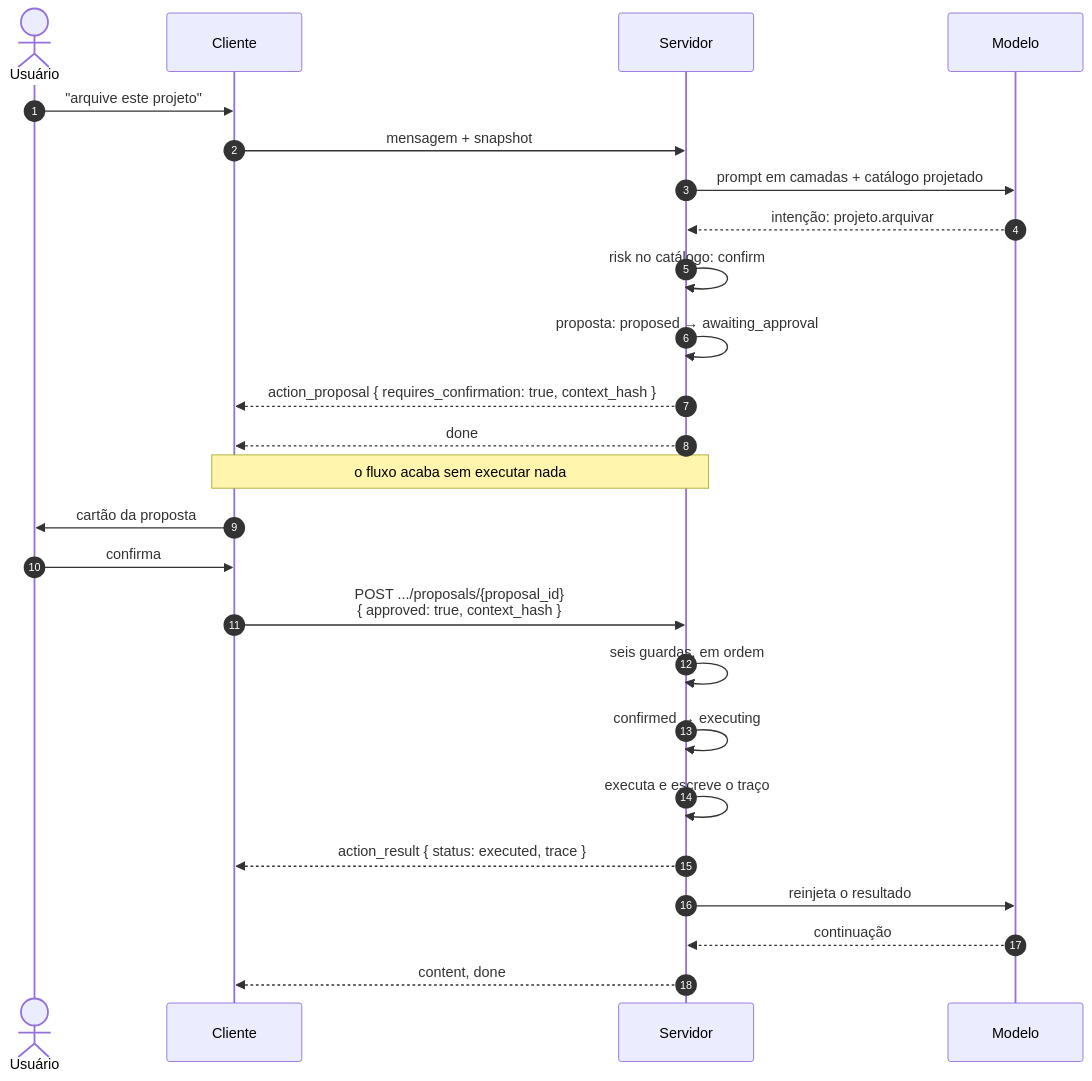
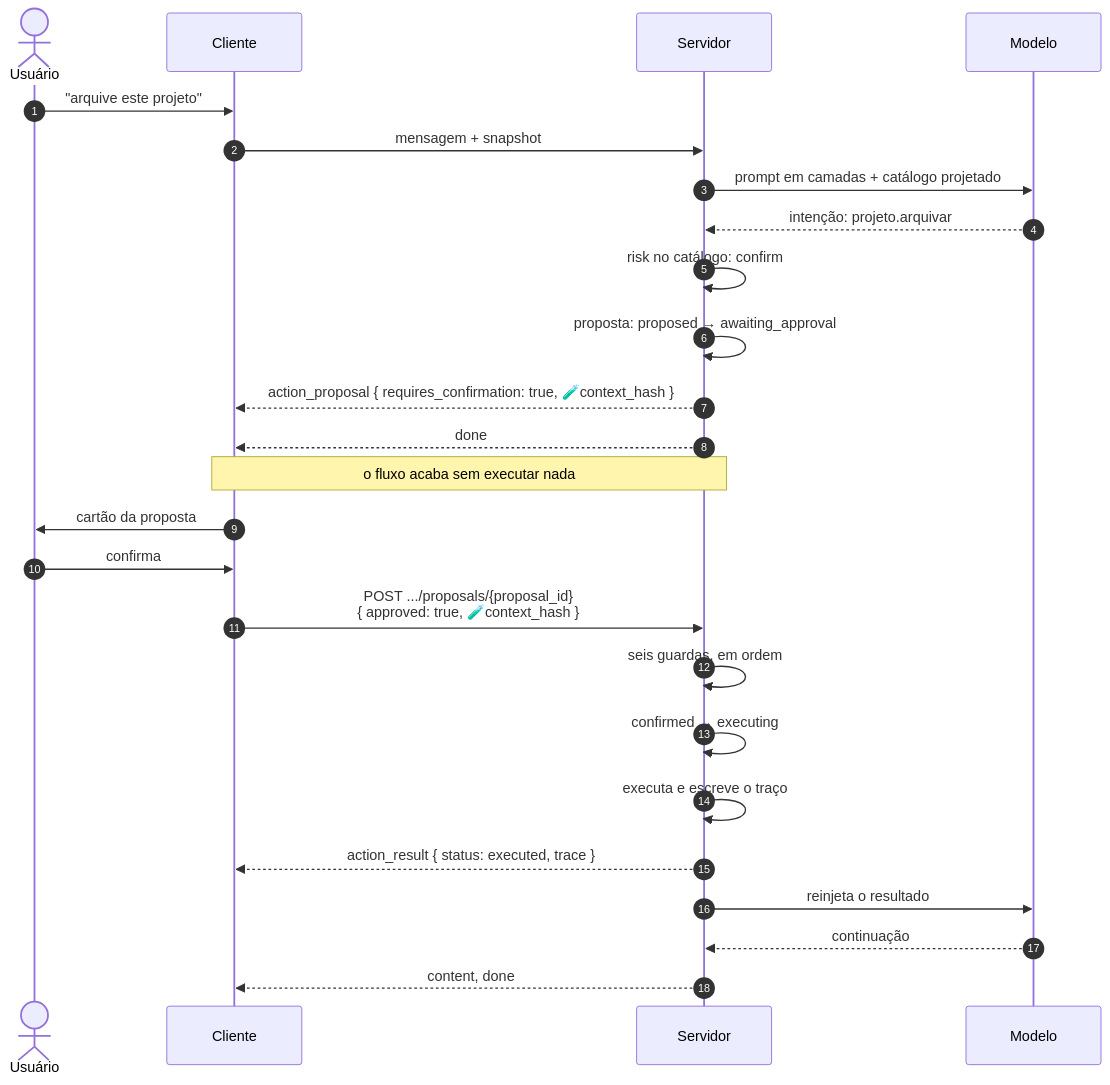
The first of 2 diagrams in livro/jornadas/j09-acao-mutadora.md (GHDaru/aph-livro), drawn with Mermaid before and after one commit. The commit also changed other lines of this file and 1 other file, not shown here.

````diff
--- a/livro/jornadas/j09-acao-mutadora.md
+++ b/livro/jornadas/j09-acao-mutadora.md
@@ -36,29 +36,29 @@
 ```mermaid
 sequenceDiagram
     autonumber
     accTitle: Ação mutadora com gate humano, da proposta ao traço
     accDescr: O modelo propõe uma ação de classe mutadora. O servidor lê a classe de risco no catálogo, move a proposta para awaiting_approval e emite a proposta com requires_confirmation verdadeiro. O fluxo termina sem executar. O usuário decide numa requisição própria ao endereço da proposta. O servidor aplica seis guardas em ordem, executa, escreve o traço e reinjeta o resultado na conversa, que continua.
     actor U as Usuário
     participant C as Cliente
     participant S as Servidor
     participant M as Modelo
     U->>C: "arquive este projeto"
     C->>S: mensagem + snapshot
     S->>M: prompt em camadas + catálogo projetado
     M-->>S: intenção: projeto.arquivar
     S->>S: risk no catálogo: confirm
     S->>S: proposta: proposed → awaiting_approval
-    S-->>C: action_proposal { requires_confirmation: true, context_hash }
+    S-->>C: action_proposal { requires_confirmation: true, 🧪context_hash }
     S-->>C: done
     Note over C,S: o fluxo acaba sem executar nada
     C->>U: cartão da proposta
     U->>C: confirma
-    C->>S: POST .../proposals/{proposal_id}<br/>{ approved: true, context_hash }
+    C->>S: POST .../proposals/{proposal_id}<br/>{ approved: true, 🧪context_hash }
     S->>S: seis guardas, em ordem
     S->>S: confirmed → executing
     S->>S: executa e escreve o traço
     S-->>C: action_result { status: executed, trace }
     S->>M: reinjeta o resultado
     M-->>S: continuação
     S-->>C: content, done
 ```
````
